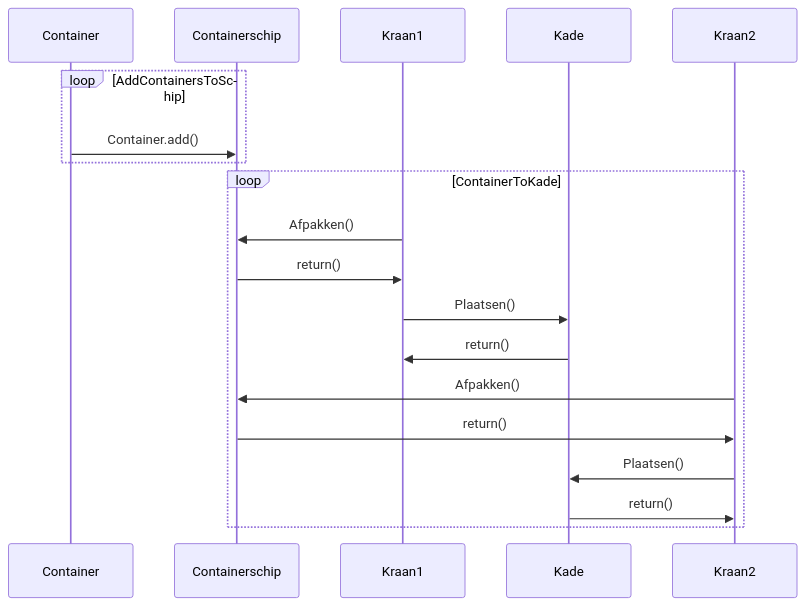
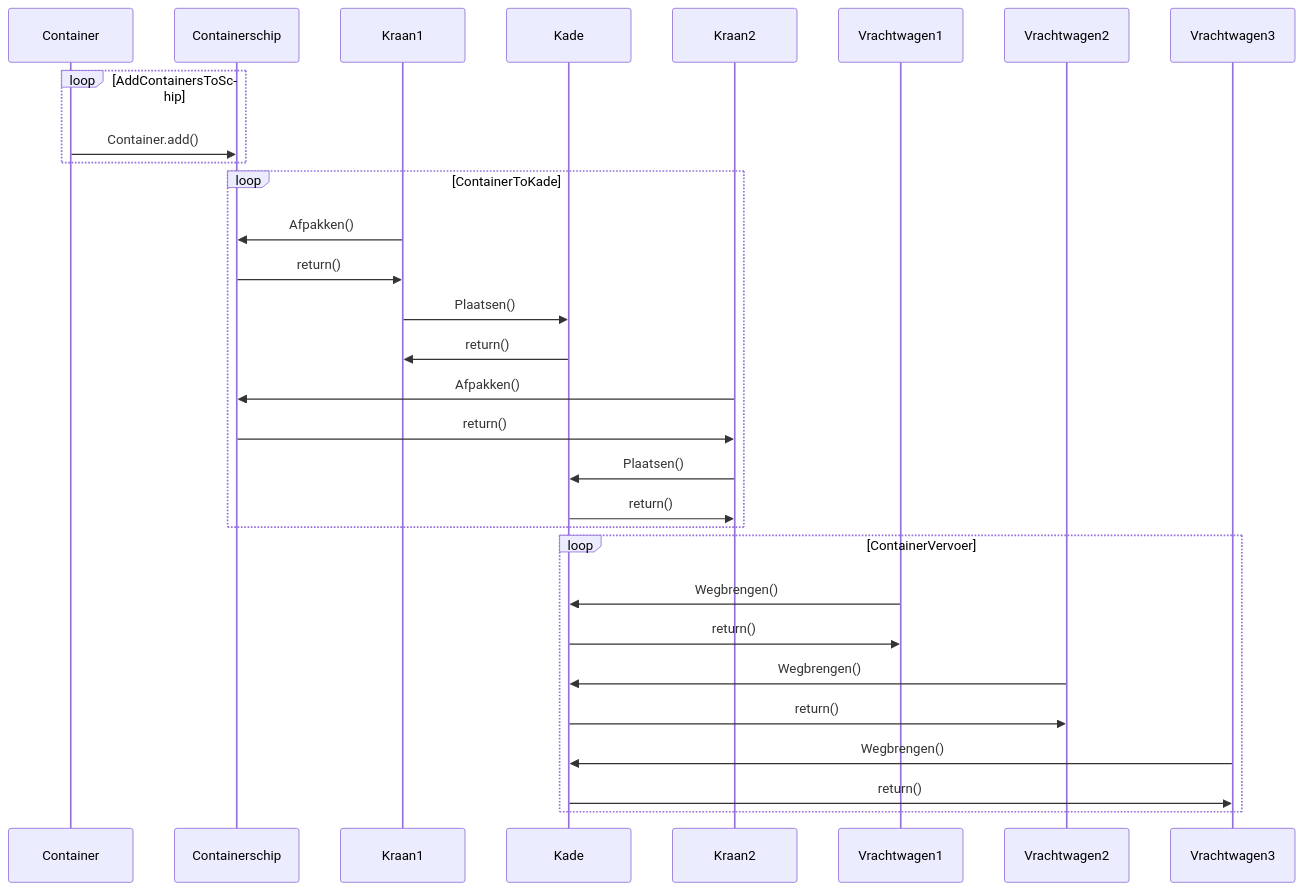
The second of 2 diagrams in ShipQuay/README.md (RockFreakRickerd/SameCodeDifferentLanguagues), drawn with Mermaid before and after one commit.

````diff
--- a/ShipQuay/README.md
+++ b/ShipQuay/README.md
@@ -31,16 +31,24 @@
 ```mermaid
 sequenceDiagram
 loop AddContainersToSchip
   Container->>Containerschip: Container.add()
 end
 loop ContainerToKade
   Kraan1->>Containerschip: Afpakken()
   Containerschip->>Kraan1: return()
   Kraan1->>Kade: Plaatsen()
   Kade->>Kraan1: return()
   Kraan2->>Containerschip: Afpakken()
   Containerschip->>Kraan2: return()
   Kraan2->>Kade: Plaatsen()
   Kade->>Kraan2: return()
 end
+loop ContainerVervoer
+  Vrachtwagen1->>Kade: Wegbrengen()
+  Kade->>Vrachtwagen1: return()
+  Vrachtwagen2->>Kade: Wegbrengen()
+  Kade->>Vrachtwagen2: return()
+  Vrachtwagen3->>Kade: Wegbrengen()
+  Kade->>Vrachtwagen3: return()
+end
 ```
````
